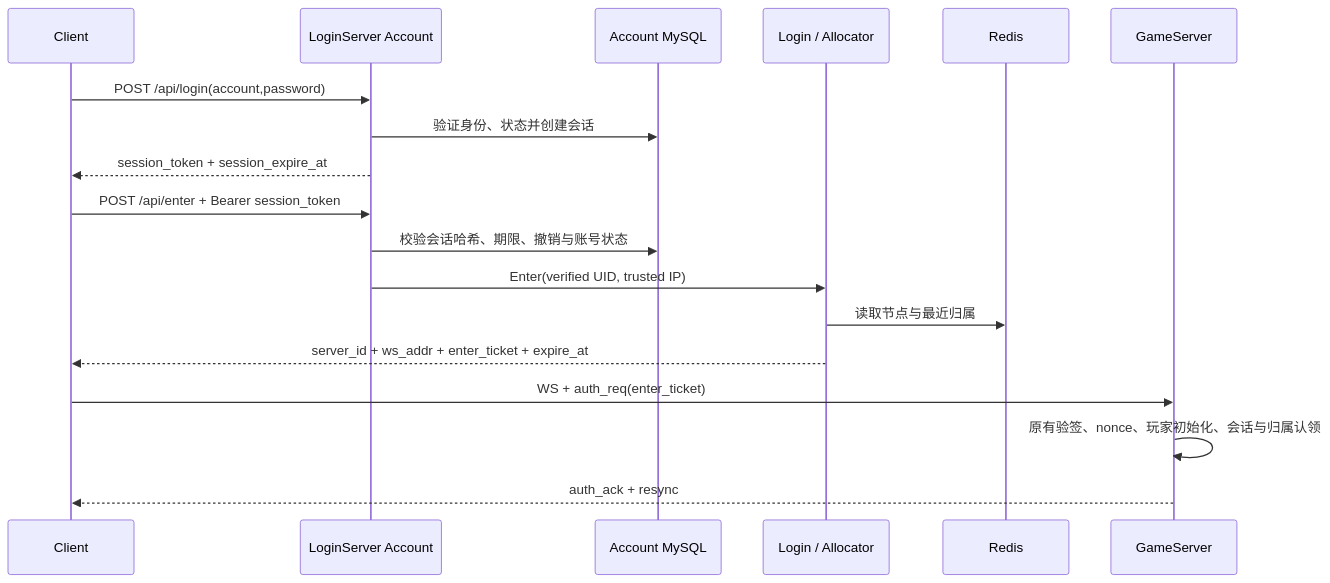
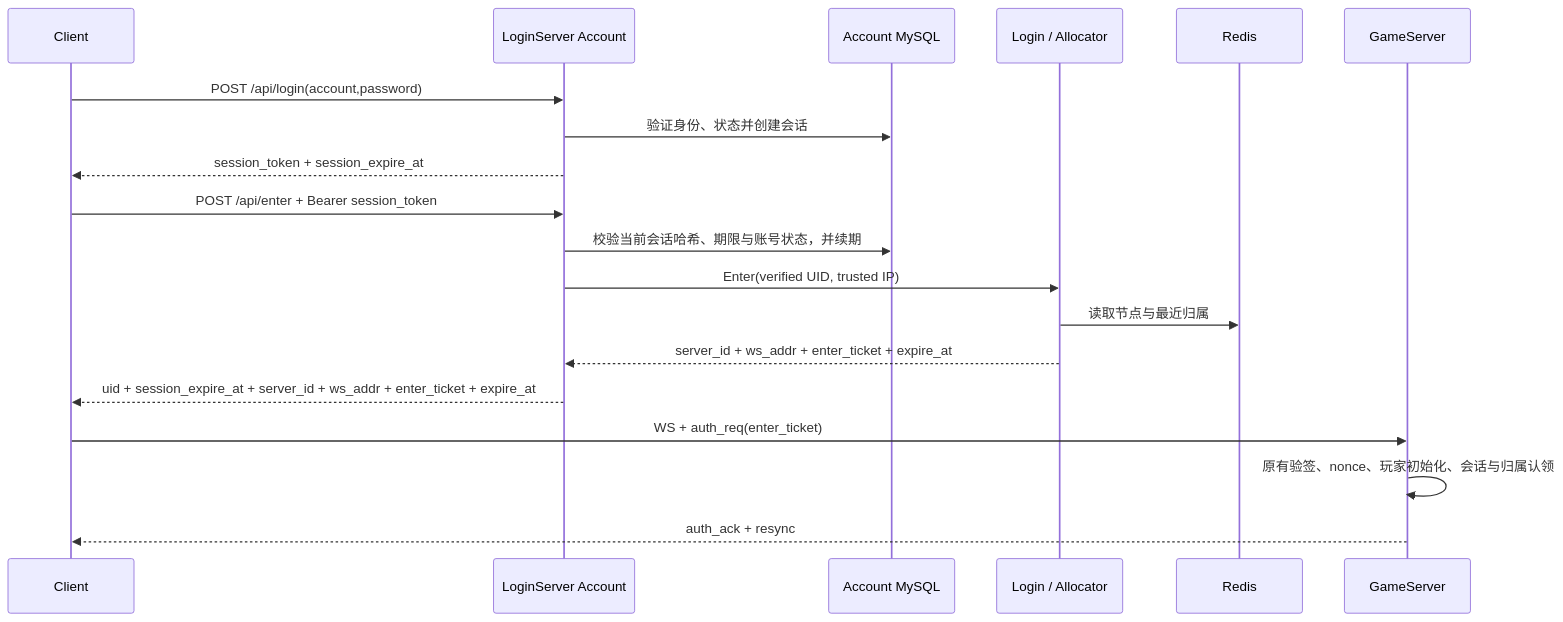
The first of 7 diagrams in backend_technical_architecture.md (shaligg/cardgo-server), drawn with Mermaid before and after one commit. The commit also changed other lines of this file and 16 other files, not shown here.

````diff
--- a/backend_technical_architecture.md
+++ b/backend_technical_architecture.md
@@ -2359,20 +2381,21 @@
 ```mermaid
 sequenceDiagram
     participant C as Client
     participant A as LoginServer Account
     participant DB as Account MySQL
     participant L as Login / Allocator
     participant R as Redis
     participant G as GameServer
     C->>A: POST /api/login(account,password)
     A->>DB: 验证身份、状态并创建会话
     A-->>C: session_token + session_expire_at
     C->>A: POST /api/enter + Bearer session_token
-    A->>DB: 校验会话哈希、期限、撤销与账号状态
+    A->>DB: 校验当前会话哈希、期限与账号状态，并续期
     A->>L: Enter(verified UID, trusted IP)
     L->>R: 读取节点与最近归属
-    L-->>C: server_id + ws_addr + enter_ticket + expire_at
+    L-->>A: server_id + ws_addr + enter_ticket + expire_at
+    A-->>C: uid + session_expire_at + server_id + ws_addr + enter_ticket + expire_at
     C->>G: WS + auth_req(enter_ticket)
     G->>G: 原有验签、nonce、玩家初始化、会话与归属认领
     G-->>C: auth_ack + resync
 ```
````
